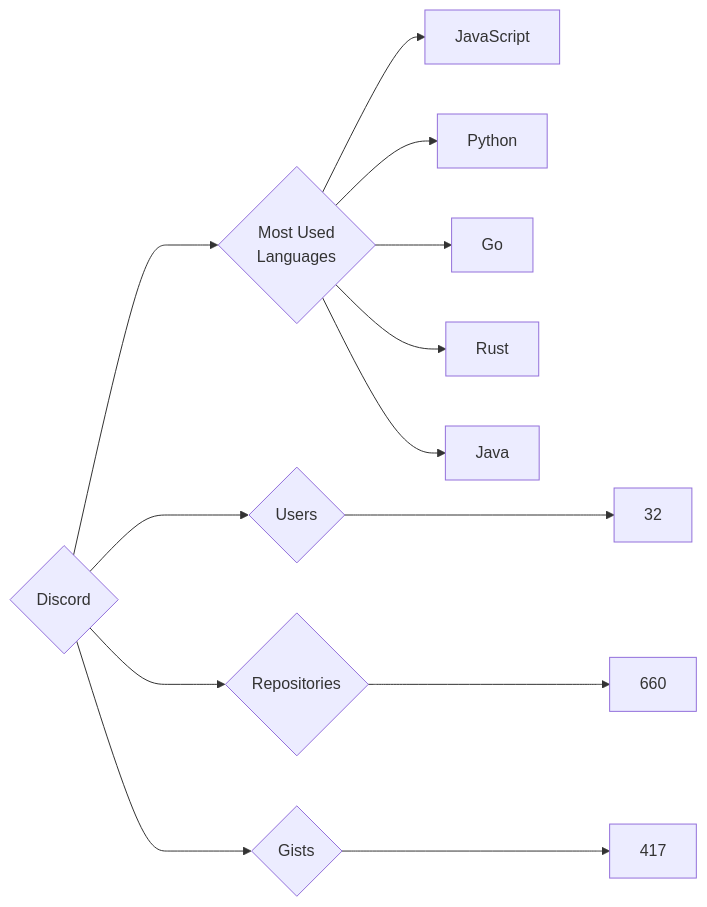
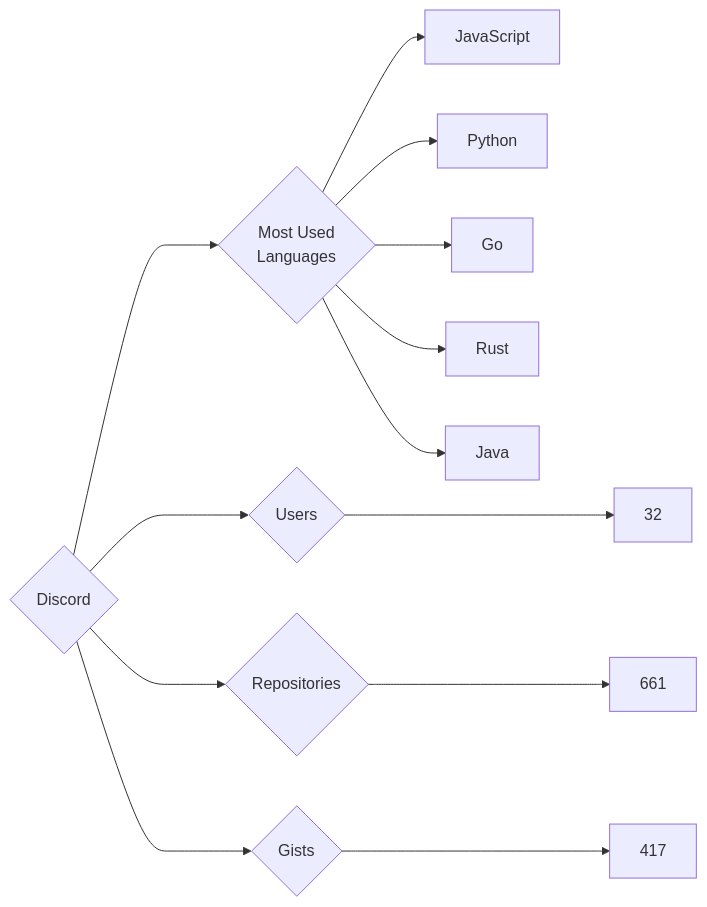
Before and after one commit to trickest/insiders: the diagram in targets/Discord/README.md, drawn with Mermaid. The commit also changed 688 other files, not shown here.

````diff
--- a/targets/Discord/README.md
+++ b/targets/Discord/README.md
@@ -3,13 +3,13 @@
 ```mermaid
 graph LR
 COMPANY_NAME{Discord}
 COMPANY_NAME ---> U{Users} ---> UN[32]
-COMPANY_NAME ---> R{Repositories} ---> RN[660]
+COMPANY_NAME ---> R{Repositories} ---> RN[661]
 COMPANY_NAME ---> G{Gists} ---> GN[417]
 COMPANY_NAME ---> ML{Most Used<br>Languages}
 ML --> JavaScript[JavaScript]
 ML --> Python[Python]
 ML --> Go[Go]
 ML --> Rust[Rust]
 ML --> Java[Java]
 ```
````
